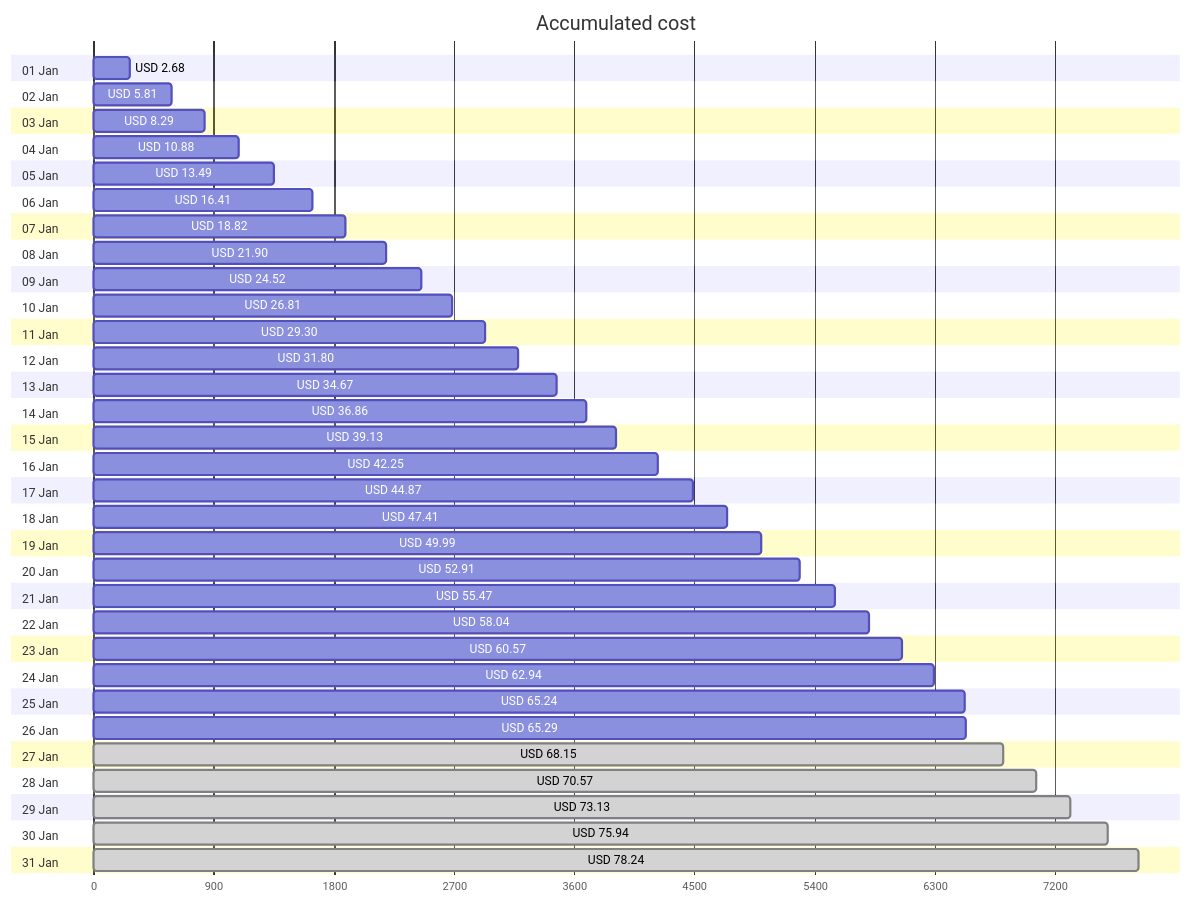
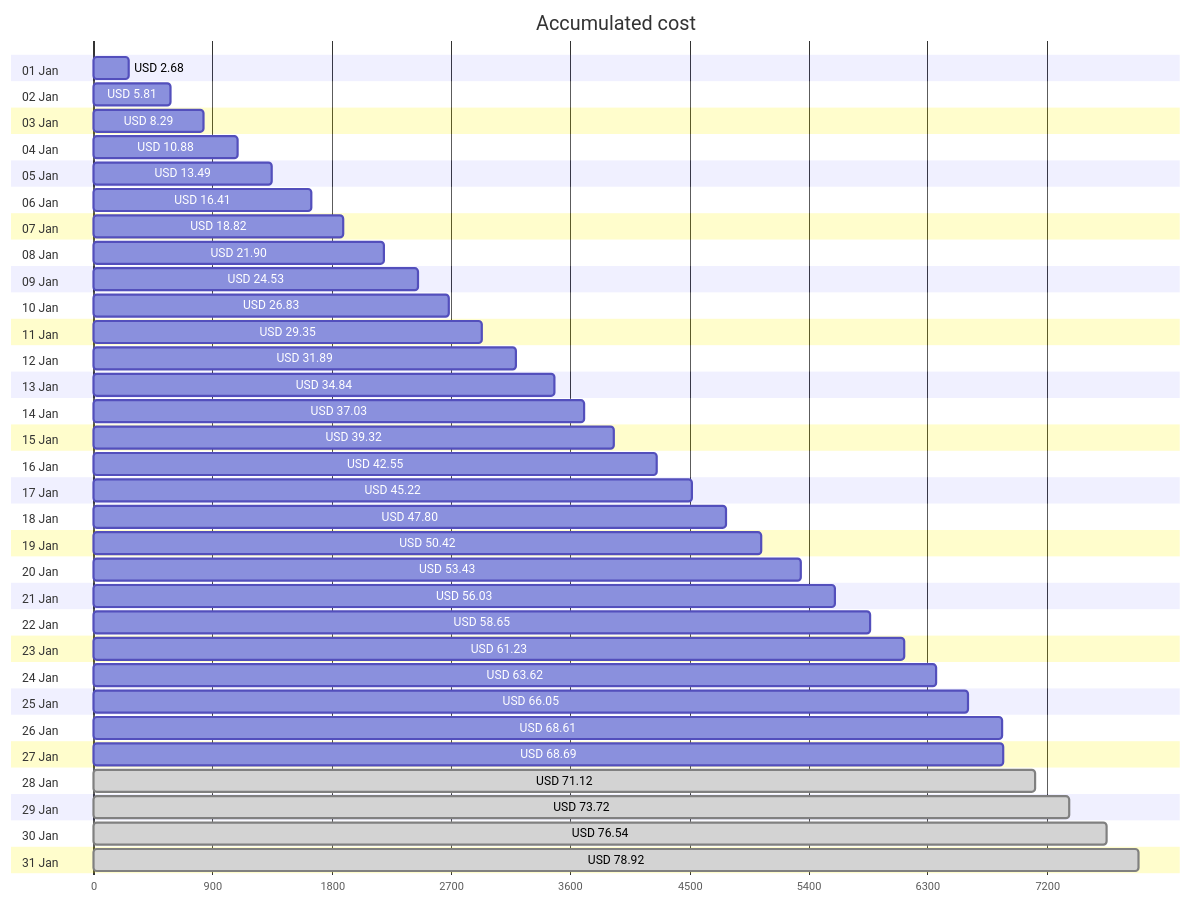
The first of 4 diagrams in cost-reports/accumulated-cost.md (jpfulton/azure-personal-reports), drawn with Mermaid before and after one commit. The commit also changed other lines of this file and 4 other files, not shown here.

````diff
--- a/cost-reports/accumulated-cost.md
+++ b/cost-reports/accumulated-cost.md
@@ -20,68 +20,68 @@
 ```mermaid
 gantt
    title Accumulated cost
    dateFormat  X
    axisFormat %s
    section 01 Jan
    USD 2.68 :0, 268
    section 02 Jan
    USD 5.81 :0, 581
    section 03 Jan
    USD 8.29 :0, 829
    section 04 Jan
    USD 10.88 :0, 1088
    section 05 Jan
    USD 13.49 :0, 1349
    section 06 Jan
    USD 16.41 :0, 1641
    section 07 Jan
    USD 18.82 :0, 1882
    section 08 Jan
    USD 21.90 :0, 2190
    section 09 Jan
-   USD 24.52 :0, 2452
+   USD 24.53 :0, 2453
    section 10 Jan
-   USD 26.81 :0, 2681
+   USD 26.83 :0, 2683
    section 11 Jan
-   USD 29.30 :0, 2930
+   USD 29.35 :0, 2935
    section 12 Jan
-   USD 31.80 :0, 3180
+   USD 31.89 :0, 3189
    section 13 Jan
-   USD 34.67 :0, 3467
+   USD 34.84 :0, 3484
    section 14 Jan
-   USD 36.86 :0, 3686
+   USD 37.03 :0, 3703
    section 15 Jan
-   USD 39.13 :0, 3913
+   USD 39.32 :0, 3932
    section 16 Jan
-   USD 42.25 :0, 4225
+   USD 42.55 :0, 4255
    section 17 Jan
-   USD 44.87 :0, 4487
+   USD 45.22 :0, 4522
    section 18 Jan
-   USD 47.41 :0, 4741
+   USD 47.80 :0, 4780
    section 19 Jan
-   USD 49.99 :0, 4999
+   USD 50.42 :0, 5042
    section 20 Jan
-   USD 52.91 :0, 5291
+   USD 53.43 :0, 5343
    section 21 Jan
-   USD 55.47 :0, 5547
+   USD 56.03 :0, 5603
    section 22 Jan
-   USD 58.04 :0, 5804
+   USD 58.65 :0, 5865
    section 23 Jan
-   USD 60.57 :0, 6057
+   USD 61.23 :0, 6123
    section 24 Jan
-   USD 62.94 :0, 6294
+   USD 63.62 :0, 6362
    section 25 Jan
-   USD 65.24 :0, 6524
+   USD 66.05 :0, 6605
    section 26 Jan
-   USD 65.29 :0, 6529
+   USD 68.61 :0, 6861
    section 27 Jan
-   USD 68.15 : done, 0, 6815
+   USD 68.69 :0, 6869
    section 28 Jan
-   USD 70.57 : done, 0, 7057
+   USD 71.12 : done, 0, 7112
    section 29 Jan
-   USD 73.13 : done, 0, 7313
+   USD 73.72 : done, 0, 7372
    section 30 Jan
-   USD 75.94 : done, 0, 7594
+   USD 76.54 : done, 0, 7654
    section 31 Jan
-   USD 78.24 : done, 0, 7824
+   USD 78.92 : done, 0, 7892
 ```
````
